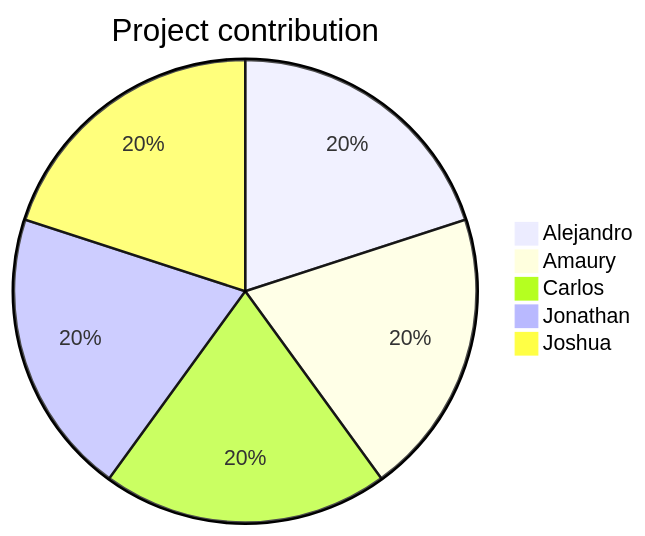
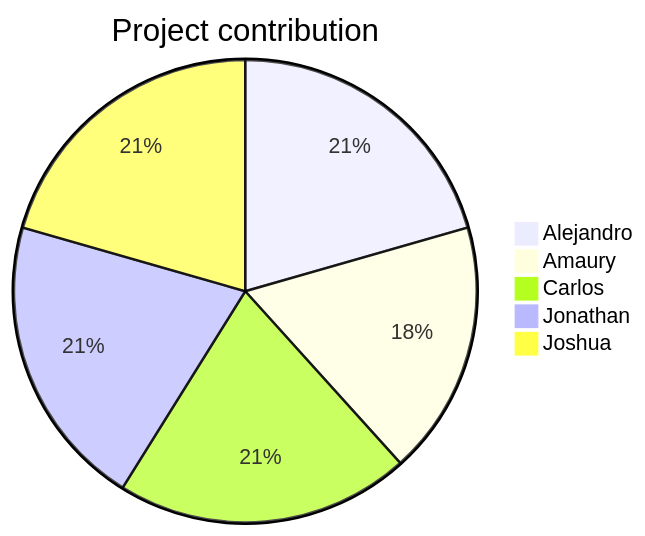
The diagram in github/doc/organization.md (JoshuaMeza/HCI), drawn with Mermaid before and after one commit. The commit also changed other lines of this file and 1 other file, not shown here.

````diff
--- a/github/doc/organization.md
+++ b/github/doc/organization.md
@@ -39,9 +43,9 @@
 ```mermaid
 pie
     title         Project contribution
-    "Alejandro" : 19
+    "Alejandro" : 22
     "Amaury"    : 19
-    "Carlos"    : 19
-    "Jonathan"  : 19
-    "Joshua"    : 19
+    "Carlos"    : 22
+    "Jonathan"  : 22
+    "Joshua"    : 22
 ```
````
